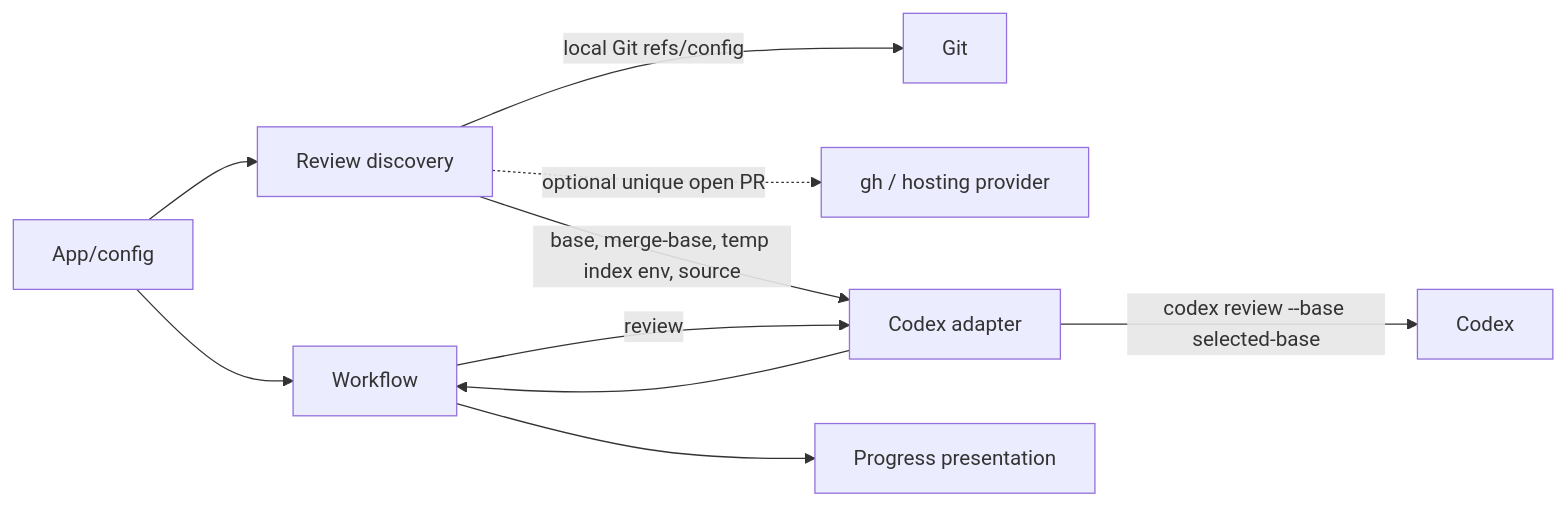
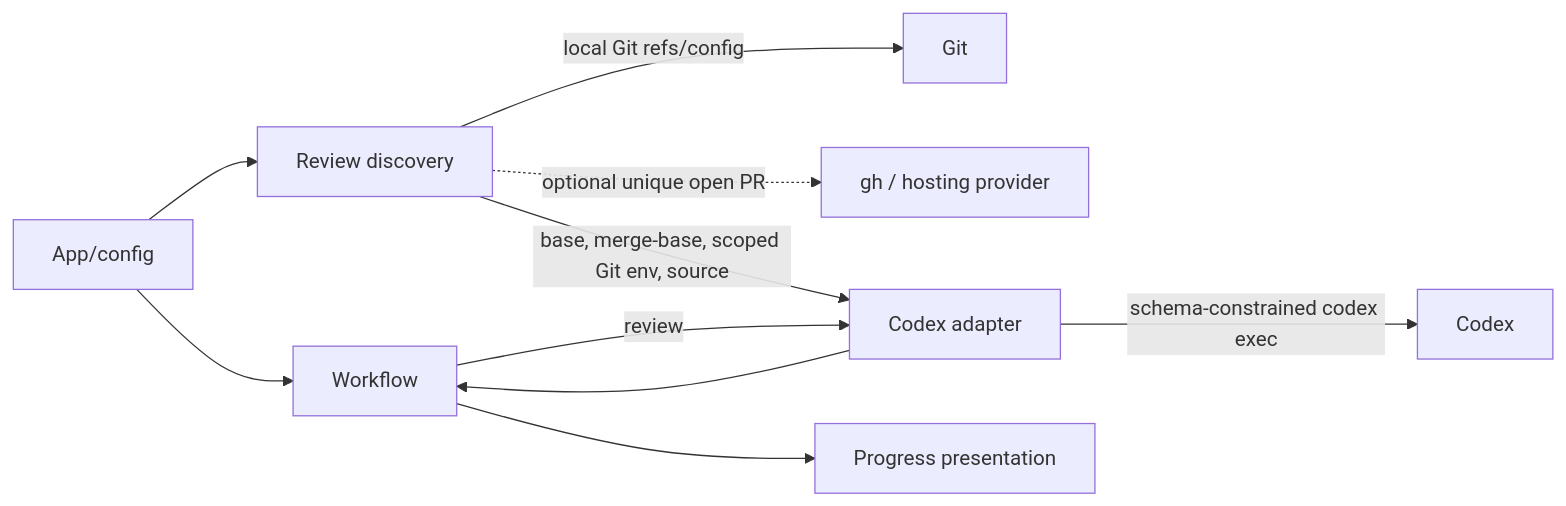
The diagram in memory-bank/features/FT-016/design.md (dapi/code-converge), drawn with Mermaid before and after one commit. The commit also changed other lines of this file and 5 other files, not shown here.

Commit message:
Reconcile scoped review with structured results

````diff
--- a/memory-bank/features/FT-016/design.md
+++ b/memory-bank/features/FT-016/design.md
@@ -40,12 +40,12 @@
 ```mermaid
 flowchart LR
   APP[App/config] --> WF[Workflow]
   APP --> RD[Review discovery]
   RD -->|local Git refs/config| GIT[Git]
   RD -. optional unique open PR .-> GH[gh / hosting provider]
-  RD -->|base, merge-base, temp index env, source| CX[Codex adapter]
+  RD -->|base, merge-base, scoped Git env, source| CX[Codex adapter]
   WF -->|review| CX
-  CX -->|codex review --base selected-base| CODEX[Codex]
+  CX -->|schema-constrained codex exec| CODEX[Codex]
   CX --> WF
   WF --> EVT[Progress presentation]
 ```
````
